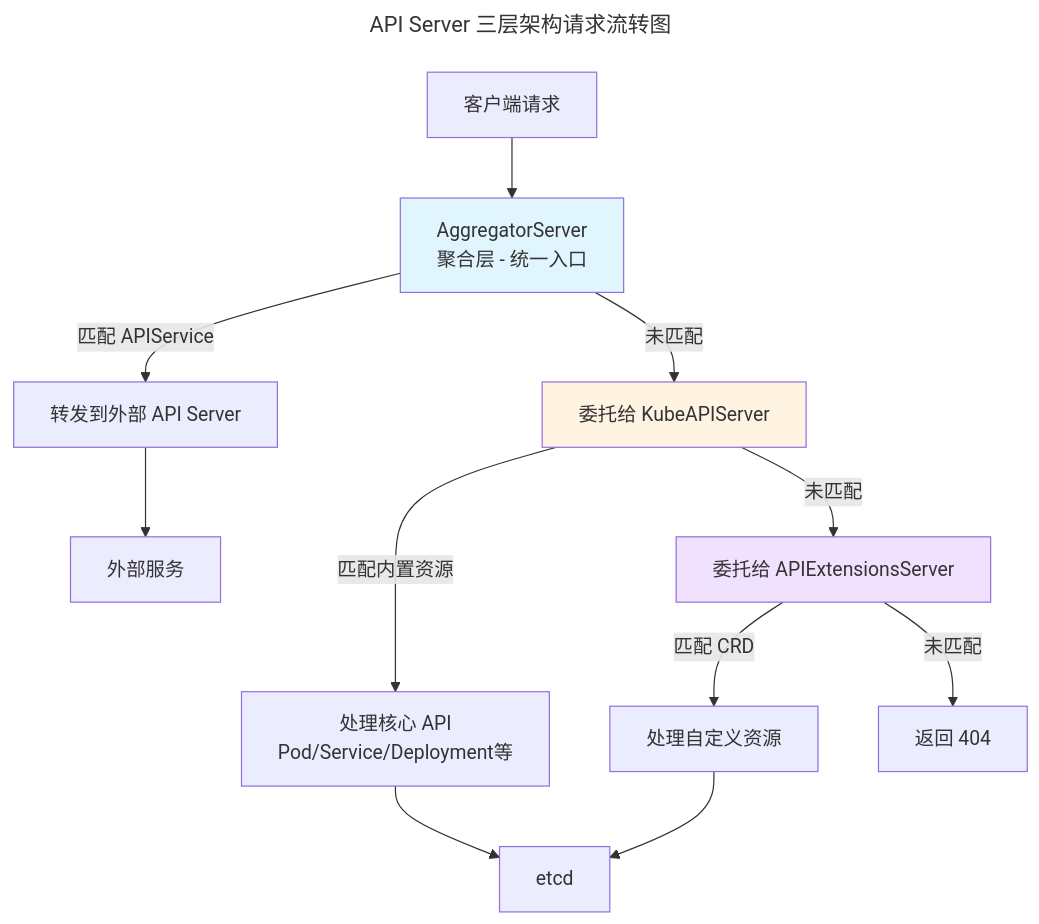
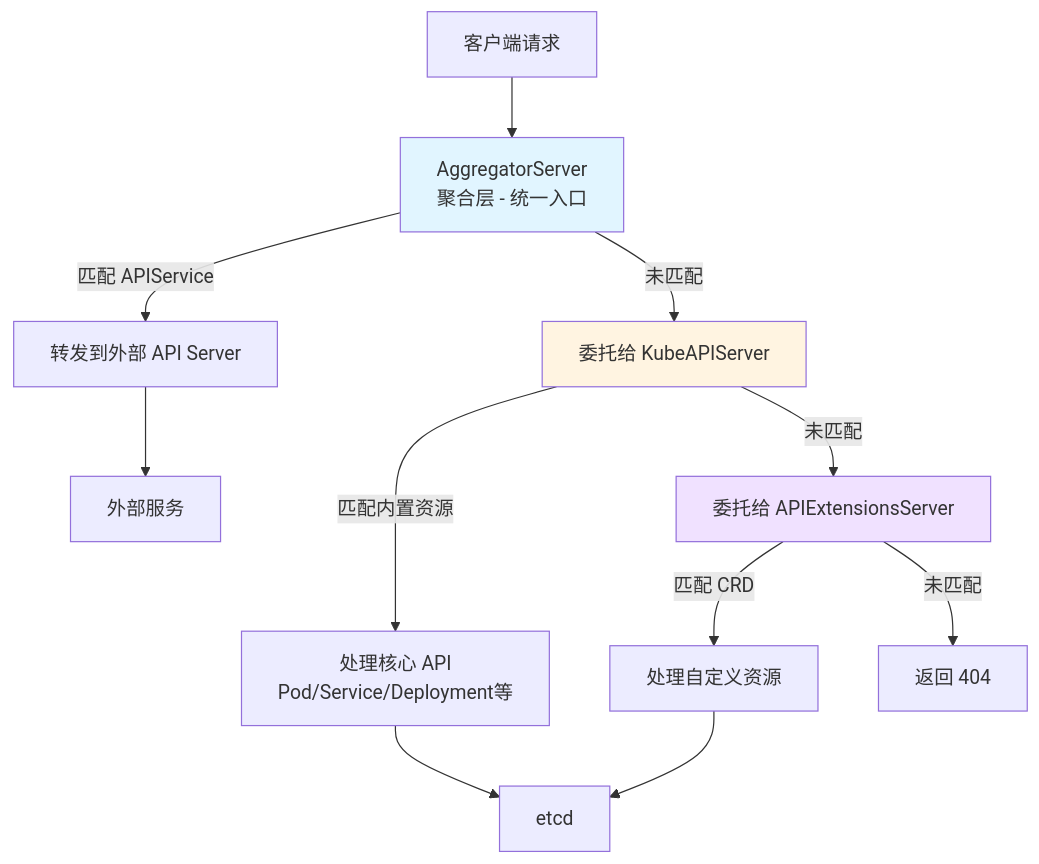
One commit to qfzack/cs-note-insight changed the second of 3 diagrams in insights/API-Server源码解读.md. Above: the diagram before and after it, drawn with Mermaid. The commit also changed other lines of this file and 2 other files, not shown here.

Commit message:
update api server insight

````diff
--- a/insights/API-Server源码解读.md
+++ b/insights/API-Server源码解读.md
@@ -53,24 +213,21 @@
 ```mermaid
----
-title: API Server 三层架构请求流转图
----
 graph TD
     A[客户端请求] --> B[AggregatorServer<br/>聚合层 - 统一入口]
     
     B -->|匹配 APIService| C[转发到外部 API Server]
     B -->|未匹配| D[委托给 KubeAPIServer]
     
     D -->|匹配内置资源| E[处理核心 API<br/>Pod/Service/Deployment等]
     D -->|未匹配| F[委托给 APIExtensionsServer]
     
     F -->|匹配 CRD| G[处理自定义资源]
     F -->|未匹配| H[返回 404]
     
     C --> I[外部服务]
     E --> J[etcd]
     G --> J
     
     style B fill:#e1f5ff
     style D fill:#fff4e1
     style F fill:#f0e1ff
 ```
````
